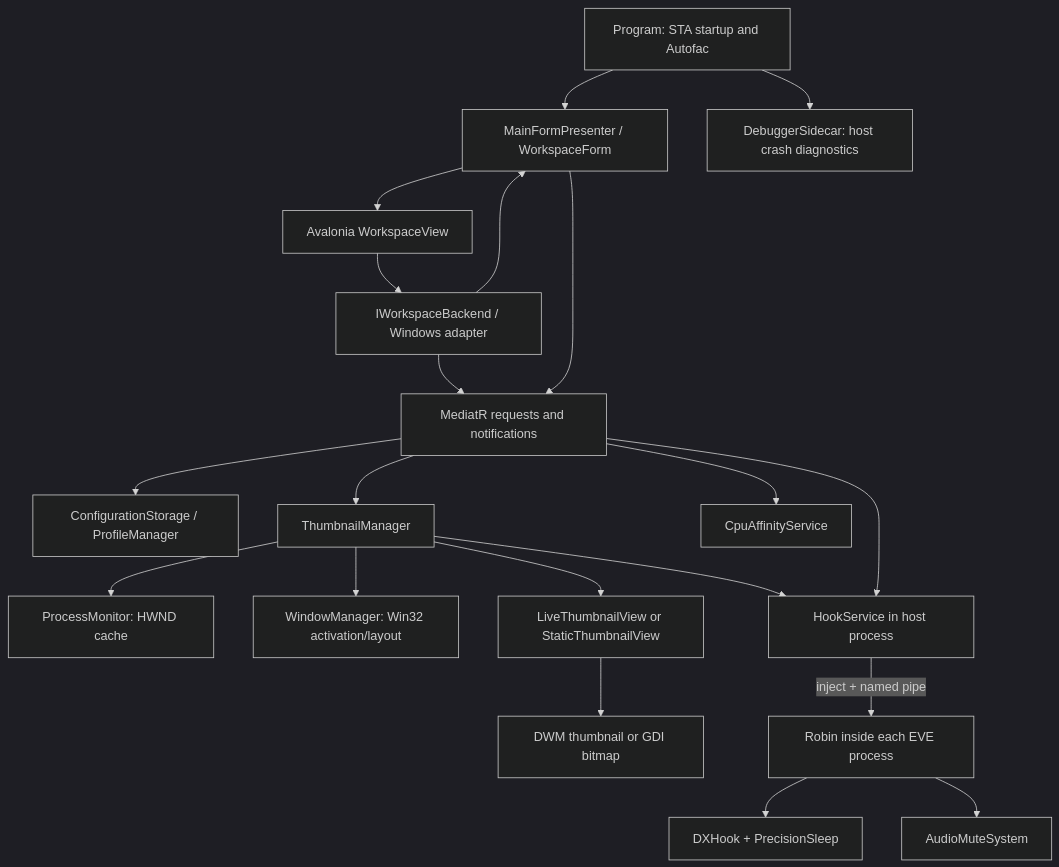
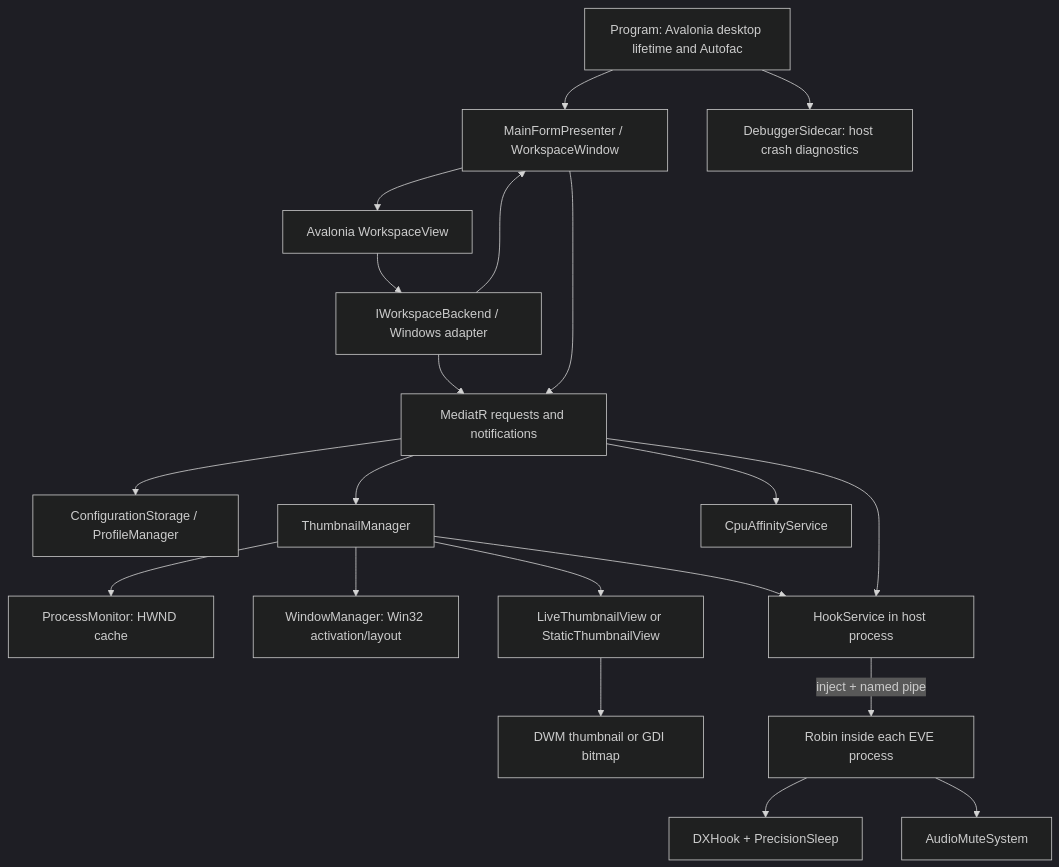
The diagram in src/README.md (EveOPlus/eve-o-preview), drawn with Mermaid (dark theme) before and after one commit. The commit also changed other lines of this file and 16 other files, not shown here.

````diff
--- a/src/README.md
+++ b/src/README.md
@@ -37,22 +37,22 @@
 ```mermaid
 flowchart TD
-    P[Program: STA startup and Autofac] --> M[MainFormPresenter / WorkspaceForm]
+    P[Program: Avalonia desktop lifetime and Autofac] --> M[MainFormPresenter / WorkspaceWindow]
     M --> UI[Avalonia WorkspaceView]
     UI --> B[IWorkspaceBackend / Windows adapter]
     B --> M
     B --> Q
     M --> Q[MediatR requests and notifications]
     Q --> C[ConfigurationStorage / ProfileManager]
     Q --> T[ThumbnailManager]
     T --> PM[ProcessMonitor: HWND cache]
     T --> W[WindowManager: Win32 activation/layout]
     T --> V[LiveThumbnailView or StaticThumbnailView]
     V --> D[DWM thumbnail or GDI bitmap]
     Q --> CPU[CpuAffinityService]
     T --> H[HookService in host process]
     Q --> H
     H -->|inject + named pipe| R[Robin inside each EVE process]
     R --> DX[DXHook + PrecisionSleep]
     R --> A[AudioMuteSystem]
     P --> S[DebuggerSidecar: host crash diagnostics]
 ```
````
